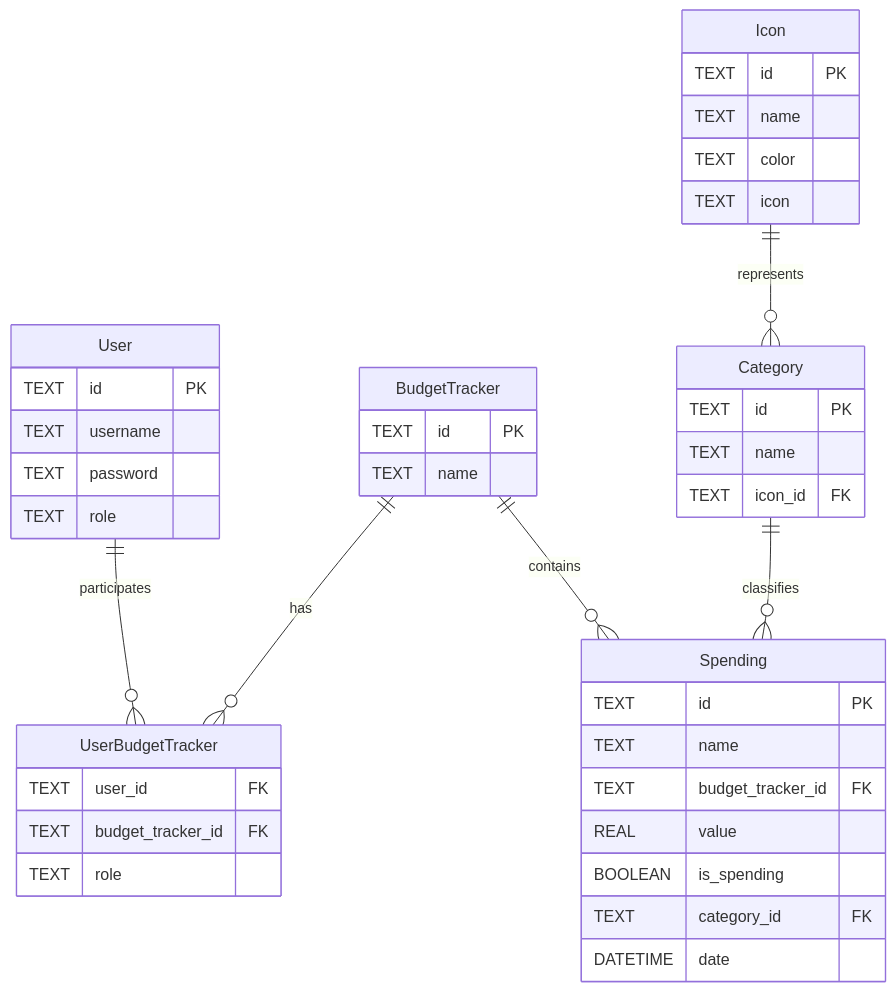
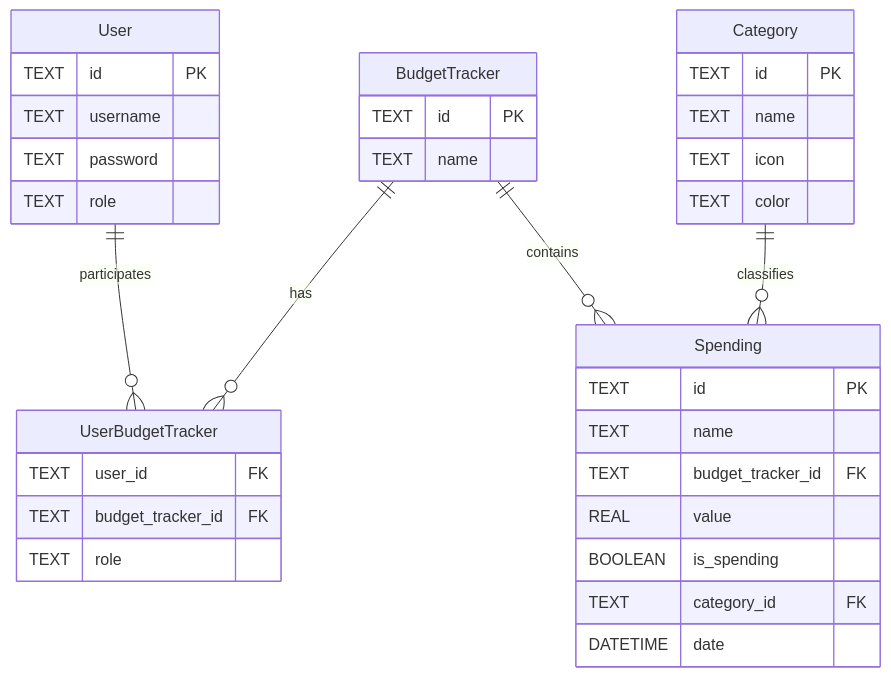
The diagram in README.md (EDM115/spendly), drawn with Mermaid before and after one commit. The commit also changed other lines of this file and 18 other files, not shown here.

````diff
--- a/README.md
+++ b/README.md
@@ -6,49 +5,42 @@
 ```mermaid
 erDiagram
   User {
     TEXT id PK
     TEXT username
     TEXT password
     TEXT role
-  }
-
-  Icon {
-    TEXT id PK
-    TEXT name
-    TEXT color
-    TEXT icon
   }
 
   BudgetTracker {
     TEXT id PK
     TEXT name
   }
 
   UserBudgetTracker {
     TEXT user_id FK
     TEXT budget_tracker_id FK
     TEXT role
   }
 
   Category {
     TEXT id PK
     TEXT name
-    TEXT icon_id FK
+    TEXT icon
+    TEXT color
   }
 
   Spending {
     TEXT id PK
     TEXT name
     TEXT budget_tracker_id FK
     REAL value
     BOOLEAN is_spending
     TEXT category_id FK
     DATETIME date
   }
 
   User ||--o{ UserBudgetTracker : participates
   BudgetTracker ||--o{ UserBudgetTracker : has
   BudgetTracker ||--o{ Spending : contains
   Category ||--o{ Spending : classifies
-  Icon ||--o{ Category : represents
 ```
````
